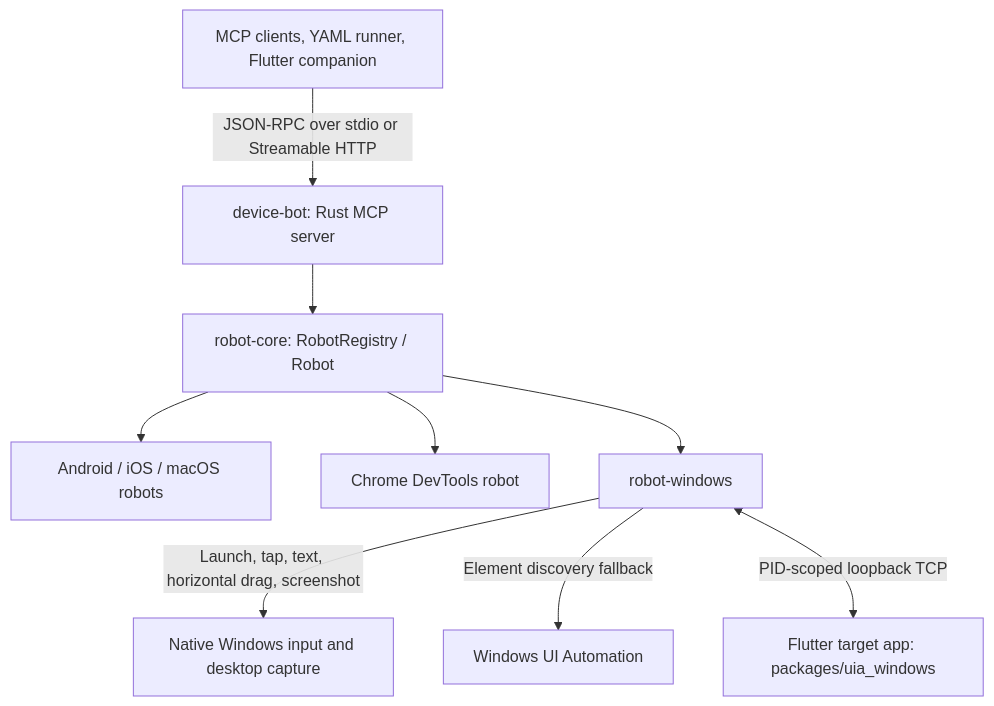
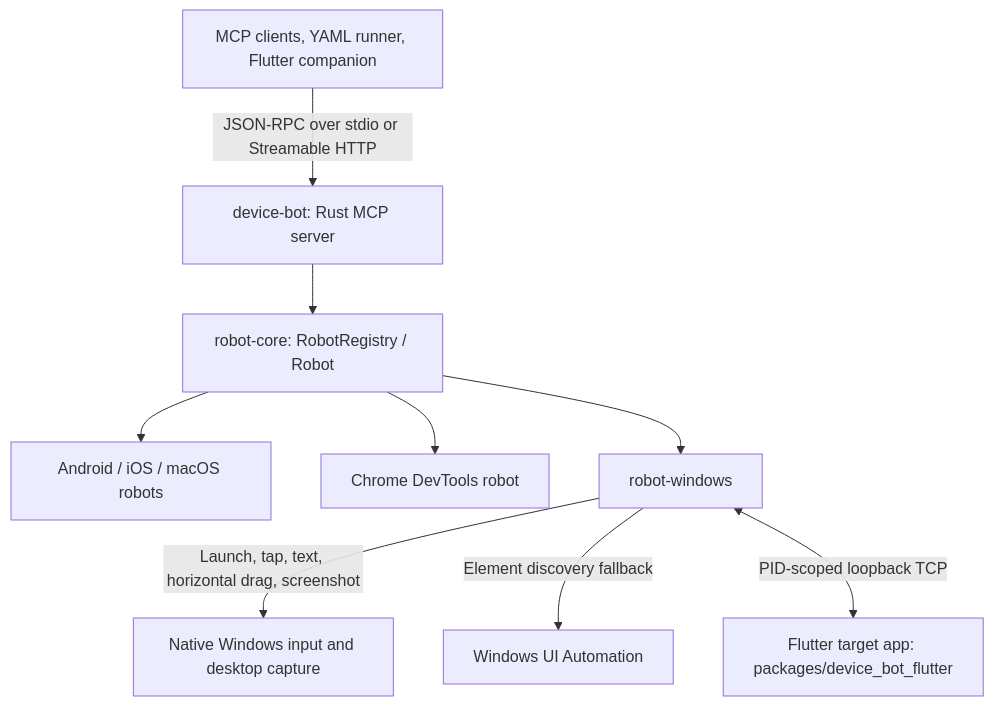
Before and after one commit to ho-doan/device-bot: the diagram in README.md, drawn with Mermaid. The commit also changed other lines of this file and 42 other files, not shown here.

````diff
--- a/README.md
+++ b/README.md
@@ -53,12 +53,12 @@
 ```mermaid
 flowchart TD
     clients["MCP clients, YAML runner, Flutter companion"]
     clients -->|"JSON-RPC over stdio or Streamable HTTP"| server["device-bot: Rust MCP server"]
     server --> registry["robot-core: RobotRegistry / Robot"]
     registry --> platforms["Android / iOS / macOS robots"]
     registry --> chrome["Chrome DevTools robot"]
     registry --> windows["robot-windows"]
     windows -->|"Launch, tap, text, horizontal drag, screenshot"| native["Native Windows input and desktop capture"]
     windows -->|"Element discovery fallback"| uia["Windows UI Automation"]
-    windows <-->|"PID-scoped loopback TCP"| flutter["Flutter target app: packages/uia_windows"]
+    windows <-->|"PID-scoped loopback TCP"| flutter["Flutter target app: packages/device_bot_flutter"]
 ```
````
